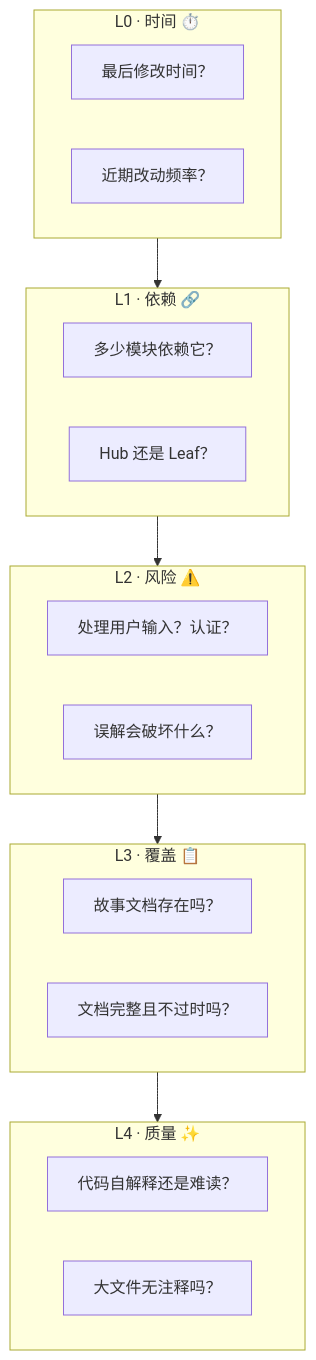
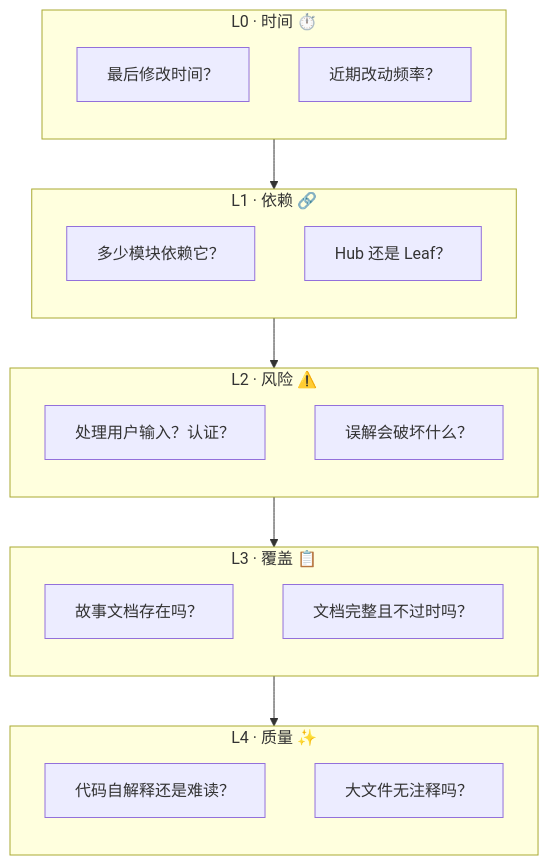
Before and after one commit to effiy/YrY: the third of 9 diagrams in skills/rui/ranking.md, drawn with Mermaid. The commit also changed other lines of this file and 42 other files, not shown here.

First line of the commit message:
feat: apply Mermaid authoring rules (M1-M12) across entire codebase

````diff
--- a/skills/rui/ranking.md
+++ b/skills/rui/ranking.md
@@ -136,25 +150,30 @@
 ```mermaid
 flowchart TB
     subgraph L0["L0 · 时间 ⏱️"]
+        direction TB
         L0A["最后修改时间？"]
         L0B["近期改动频率？"]
     end
     subgraph L1["L1 · 依赖 🔗"]
+        direction TB
         L1A["多少模块依赖它？"]
         L1B["Hub 还是 Leaf？"]
     end
     subgraph L2["L2 · 风险 ⚠️"]
+        direction TB
         L2A["处理用户输入？认证？"]
         L2B["误解会破坏什么？"]
     end
     subgraph L3["L3 · 覆盖 📋"]
+        direction TB
         L3A["故事文档存在吗？"]
         L3B["文档完整且不过时吗？"]
     end
     subgraph L4["L4 · 质量 ✨"]
+        direction TB
         L4A["代码自解释还是难读？"]
         L4B["大文件无注释吗？"]
     end
 
     L0 --> L1 --> L2 --> L3 --> L4
 ```
````
